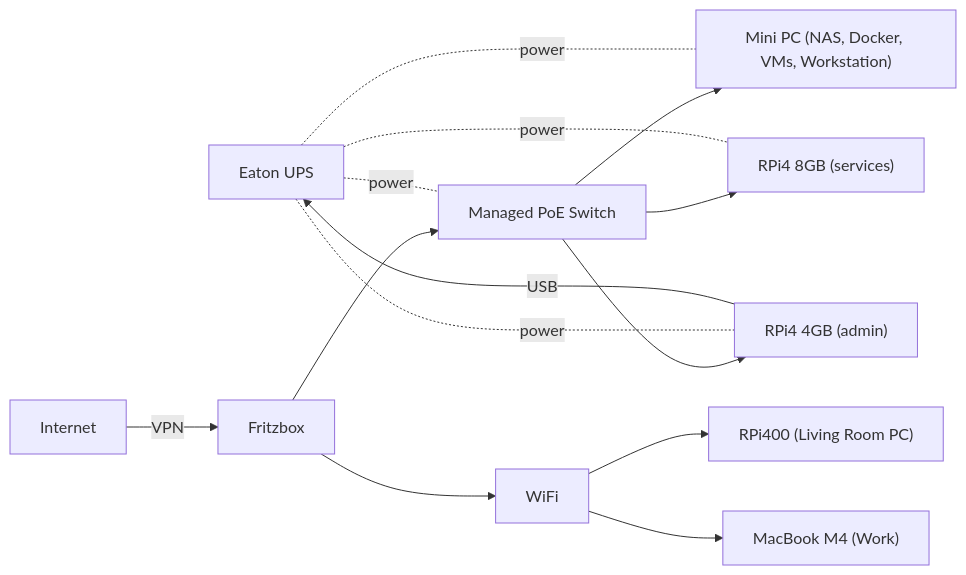
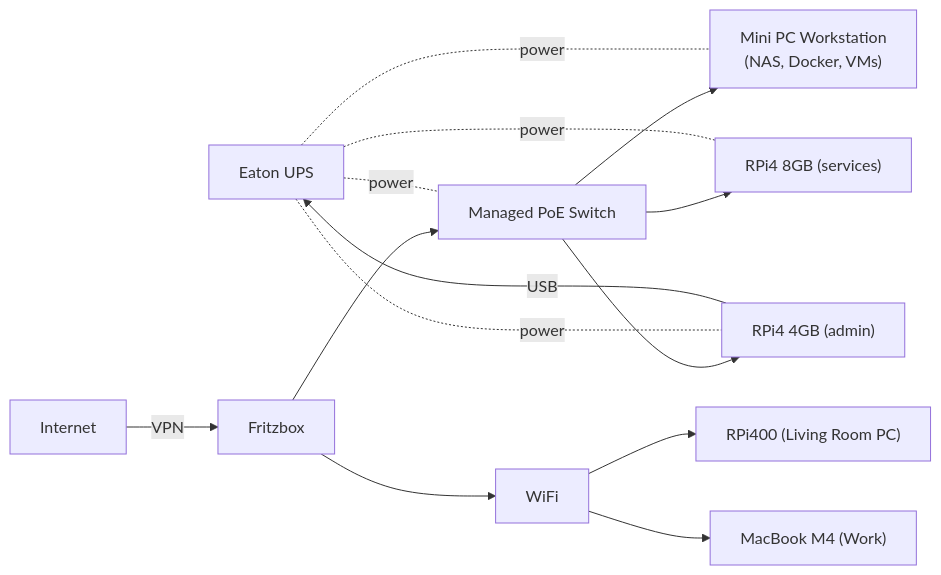
Before and after one commit to ubunatic/dotfiles: the diagram in homelab/docs/Homelab.md, drawn with Mermaid. The commit also changed other lines of this file and 30 other files, not shown here.

````diff
--- a/homelab/docs/Homelab.md
+++ b/homelab/docs/Homelab.md
@@ -88,22 +98,25 @@
 ```mermaid
 graph LR
     UPS["Eaton UPS"]
     Switch["Managed PoE Switch"]
     WAN["Internet"]
     Wifi["WiFi"]
     Fritz["Fritzbox"]
-    MiniPC["Mini PC (NAS, Docker, VMs, Workstation)"]
+    MiniPC["
+      Mini PC Workstation
+      (NAS, Docker, VMs)
+    "]
     RPi4_4GB["RPi4 4GB (admin)"]
     RPi4_8GB["RPi4 8GB (services)"]
     RPi400["RPi400 (Living Room PC)"]
     MacBook["MacBook M4 (Work)"]
 
     WAN -->|VPN| Fritz --> Switch & Wifi
 
     Wifi --> RPi400 & MacBook
     Switch --> MiniPC & RPi4_4GB & RPi4_8GB
 
     UPS -.-|power| MiniPC & RPi4_4GB & RPi4_8GB & Switch
 
     RPi4_4GB -->|USB| UPS
 ```
````
